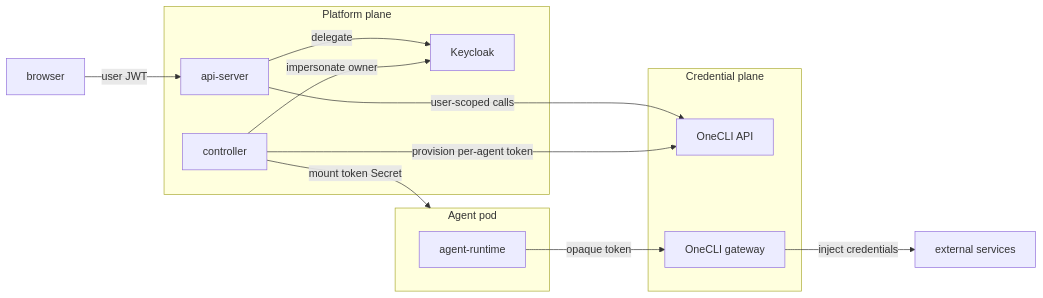
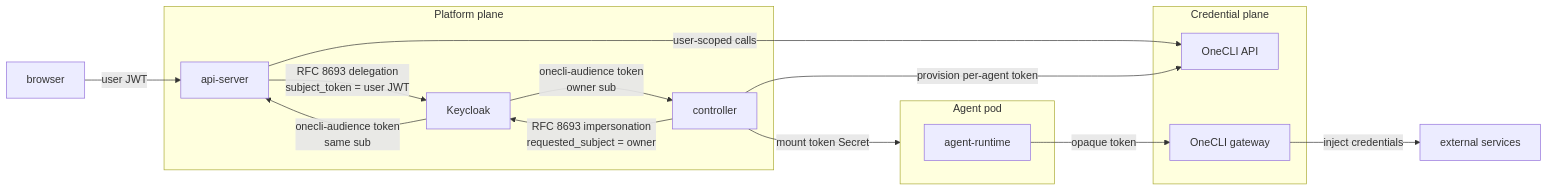
One commit to kagenti/humr changed the first of 2 diagrams in docs/architecture/security-and-credentials.md. Above: the diagram before and after it, drawn with Mermaid. The commit also changed other lines of this file, not shown here.

Commit message:
docs(architecture): show RFC 8693 exchange explicitly on diagrams

````diff
--- a/docs/architecture/security-and-credentials.md
+++ b/docs/architecture/security-and-credentials.md
@@ -25,30 +25,35 @@
 ```mermaid
 flowchart LR
   browser[browser]
 
   subgraph platform[Platform plane]
     api-server
     controller
     keycloak[Keycloak]
   end
 
   subgraph credplane[Credential plane]
     onecli-api[OneCLI API]
     onecli-gw[OneCLI gateway]
   end
 
   subgraph agentpod[Agent pod]
     agent-runtime
   end
 
   external[external services]
 
   browser -->|user JWT| api-server
-  api-server -->|delegate| keycloak
+
+  api-server -->|RFC 8693 delegation<br/>subject_token = user JWT| keycloak
+  keycloak -->|onecli-audience token<br/>same sub| api-server
   api-server -->|user-scoped calls| onecli-api
-  controller -->|impersonate owner| keycloak
+
+  controller -->|RFC 8693 impersonation<br/>requested_subject = owner| keycloak
+  keycloak -->|onecli-audience token<br/>owner sub| controller
   controller -->|provision per-agent token| onecli-api
+
   controller -->|mount token Secret| agentpod
   agent-runtime -->|opaque token| onecli-gw
   onecli-gw -->|inject credentials| external
 ```
````
